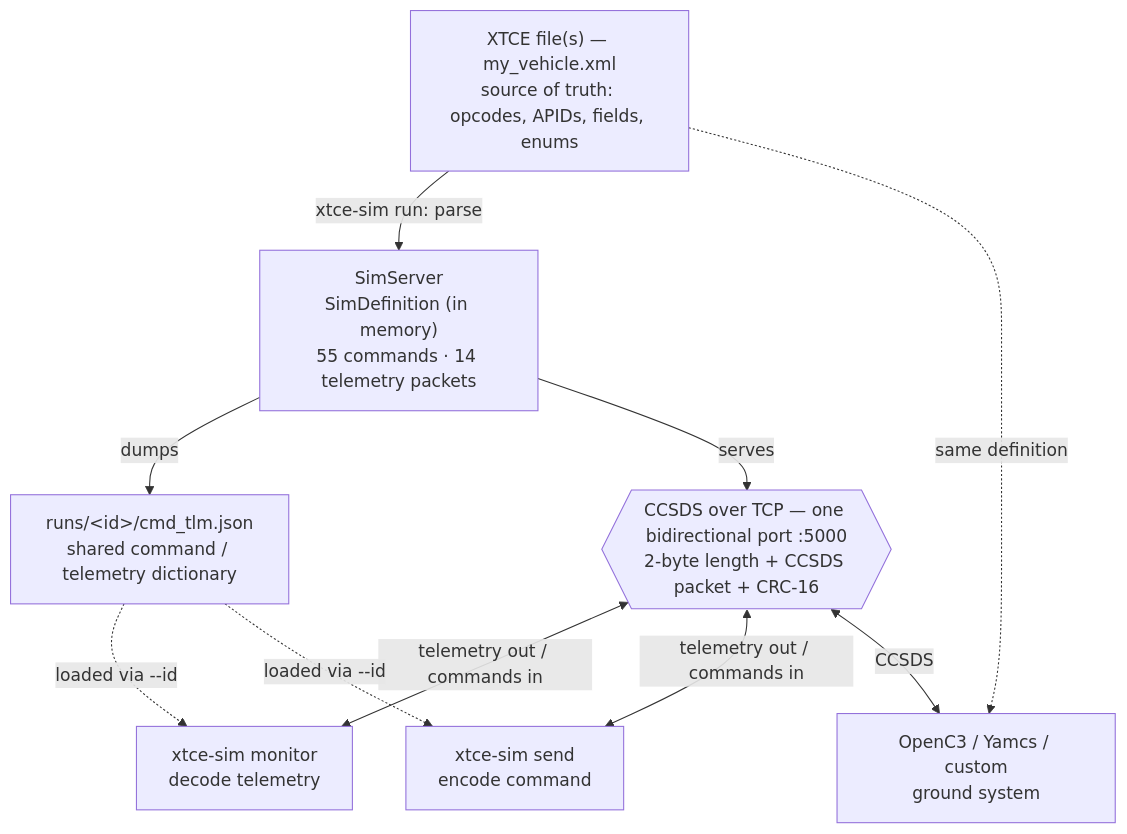
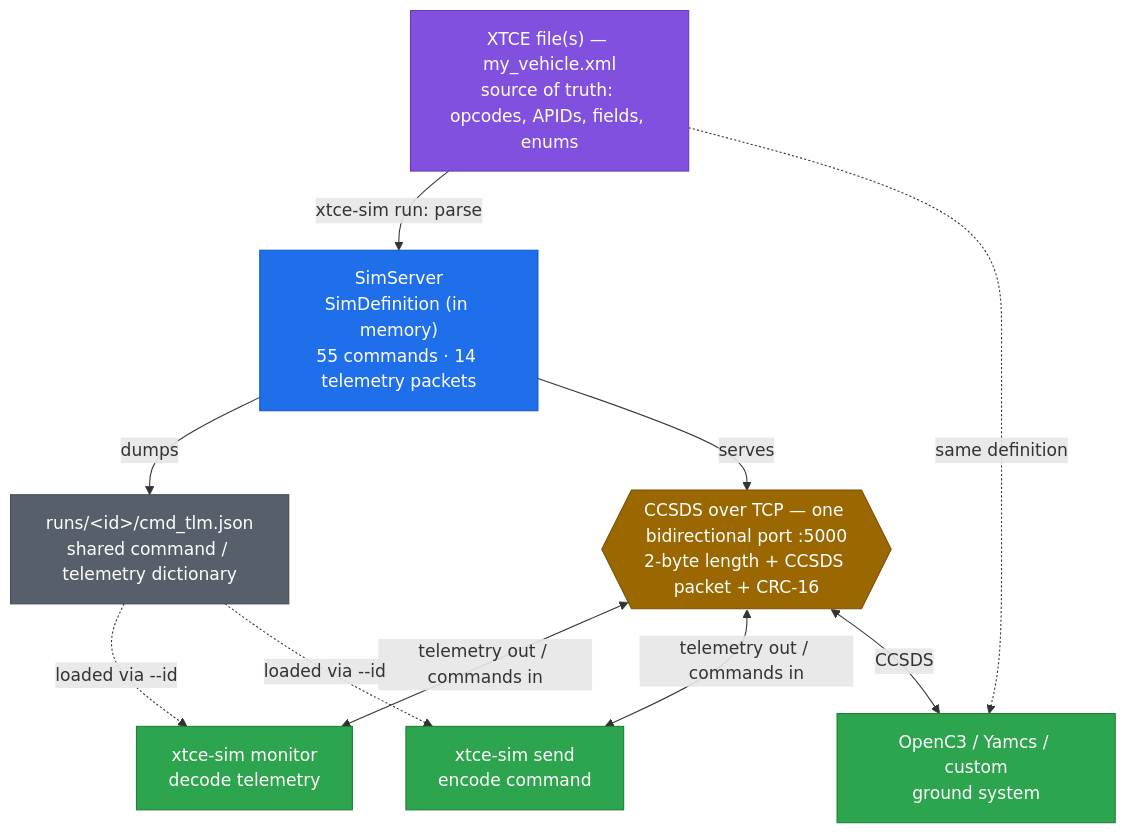
One commit to FredMessinger2/xtce-sim changed the diagram in README.md. Above: the diagram before and after it, drawn with Mermaid. The commit also changed other lines of this file, not shown here.

First line of the commit message:
README: document inspect/exercise, fix Mermaid contrast

````diff
--- a/README.md
+++ b/README.md
@@ -24,20 +24,33 @@
 ```mermaid
 flowchart TD
     XTCE["XTCE file(s) — my_vehicle.xml<br/>source of truth: opcodes, APIDs, fields, enums"]
     SIM["SimServer<br/>SimDefinition (in memory)<br/>55 commands · 14 telemetry packets"]
     JSON["runs/&lt;id&gt;/cmd_tlm.json<br/>shared command / telemetry dictionary"]
     PORT{{"CCSDS over TCP — one bidirectional port :5000<br/>2-byte length + CCSDS packet + CRC-16"}}
     MON["xtce-sim monitor<br/>decode telemetry"]
     SEND["xtce-sim send<br/>encode command"]
     GS["OpenC3 / Yamcs / custom<br/>ground system"]
 
     XTCE -->|"xtce-sim run: parse"| SIM
     SIM -->|dumps| JSON
     SIM -->|serves| PORT
     PORT <-->|"telemetry out / commands in"| MON
     PORT <-->|"telemetry out / commands in"| SEND
     PORT <-->|CCSDS| GS
     JSON -.->|"loaded via --id"| MON
     JSON -.->|"loaded via --id"| SEND
     XTCE -.->|"same definition"| GS
+
+    %% Explicit fills + text colors so the diagram stays readable in both
+    %% GitHub themes (the default theme picks unreadable colors in dark mode).
+    classDef source fill:#8250df,stroke:#6639ba,color:#ffffff
+    classDef sim fill:#1f6feb,stroke:#1158c7,color:#ffffff
+    classDef artifact fill:#57606a,stroke:#424a53,color:#ffffff
+    classDef wire fill:#9a6700,stroke:#7d4e00,color:#ffffff
+    classDef client fill:#2da44e,stroke:#1a7f37,color:#ffffff
+    class XTCE source
+    class SIM sim
+    class JSON artifact
+    class PORT wire
+    class MON,SEND,GS client
 ```
````
